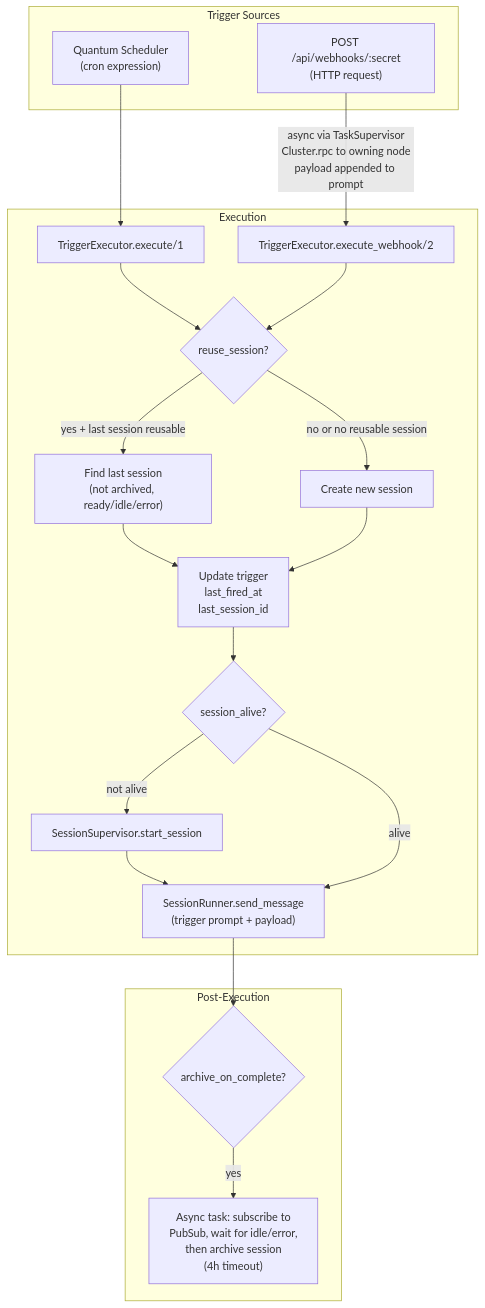
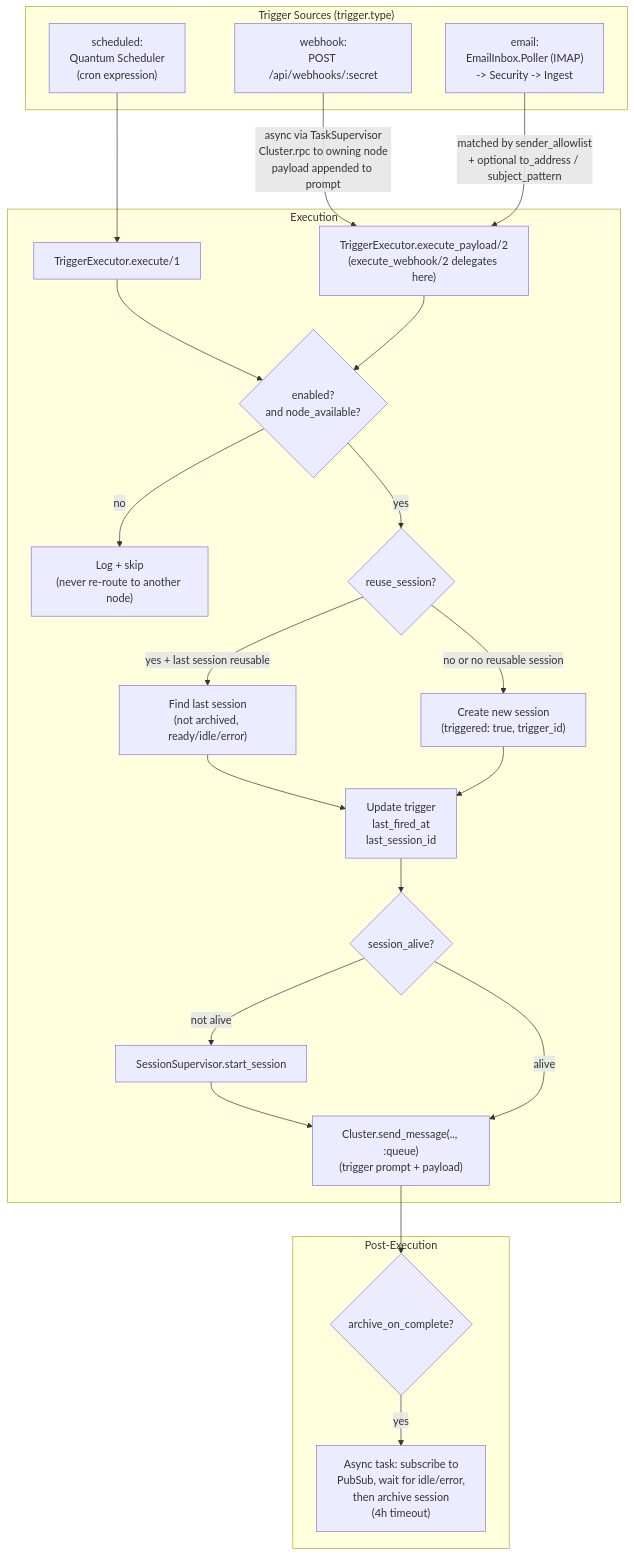
One commit to zingbretsen/orca_hub changed the first of 2 diagrams in .context/triggers.md. Above: the diagram before and after it, drawn with Mermaid. The commit also changed other lines of this file and 7 other files, not shown here.

First line of the commit message:
Refresh .context architecture docs to match current code (scheduled audit)

````diff
--- a/.context/triggers.md
+++ b/.context/triggers.md
@@ -3,40 +3,46 @@
 ```mermaid
 flowchart TB
-    subgraph Sources["Trigger Sources"]
-        Cron["Quantum Scheduler\n(cron expression)"]
-        Webhook["POST /api/webhooks/:secret\n(HTTP request)"]
+    subgraph Sources["Trigger Sources (trigger.type)"]
+        Cron["scheduled:\nQuantum Scheduler\n(cron expression)"]
+        Webhook["webhook:\nPOST /api/webhooks/:secret"]
+        Email["email:\nEmailInbox.Poller (IMAP)\n-> Security -> Ingest"]
     end
 
     subgraph Execution
         ExecuteCron["TriggerExecutor.execute/1"]
-        ExecuteWebhook["TriggerExecutor.execute_webhook/2"]
+        ExecutePayload["TriggerExecutor.execute_payload/2\n(execute_webhook/2 delegates here)"]
+        EnabledCheck{"enabled?\nand node_available?"}
+        Skip["Log + skip\n(never re-route to another node)"]
         Resolve{"reuse_session?"}
         Reuse["Find last session\n(not archived, ready/idle/error)"]
-        Create["Create new session"]
+        Create["Create new session\n(triggered: true, trigger_id)"]
         Update["Update trigger\nlast_fired_at\nlast_session_id"]
         StartCheck{"session_alive?"}
         Start["SessionSupervisor.start_session"]
-        Send["SessionRunner.send_message\n(trigger prompt + payload)"]
+        Send["Cluster.send_message(.., :queue)\n(trigger prompt + payload)"]
     end
 
     subgraph Cleanup["Post-Execution"]
         Archive{"archive_on_complete?"}
         ArchiveTask["Async task: subscribe to\nPubSub, wait for idle/error,\nthen archive session\n(4h timeout)"]
     end
 
     Cron --> ExecuteCron
-    Webhook -->|"async via TaskSupervisor\nCluster.rpc to owning node\npayload appended to prompt"| ExecuteWebhook
+    Webhook -->|"async via TaskSupervisor\nCluster.rpc to owning node\npayload appended to prompt"| ExecutePayload
+    Email -->|"matched by sender_allowlist\n+ optional to_address / subject_pattern"| ExecutePayload
 
-    ExecuteCron --> Resolve
-    ExecuteWebhook --> Resolve
+    ExecuteCron --> EnabledCheck
+    ExecutePayload --> EnabledCheck
+    EnabledCheck -->|no| Skip
+    EnabledCheck -->|yes| Resolve
     Resolve -->|yes + last session reusable| Reuse
     Resolve -->|no or no reusable session| Create
     Reuse --> Update
     Create --> Update
     Update --> StartCheck
     StartCheck -->|not alive| Start --> Send
     StartCheck -->|alive| Send
 
     Send --> Archive
     Archive -->|yes| ArchiveTask
 ```
````
